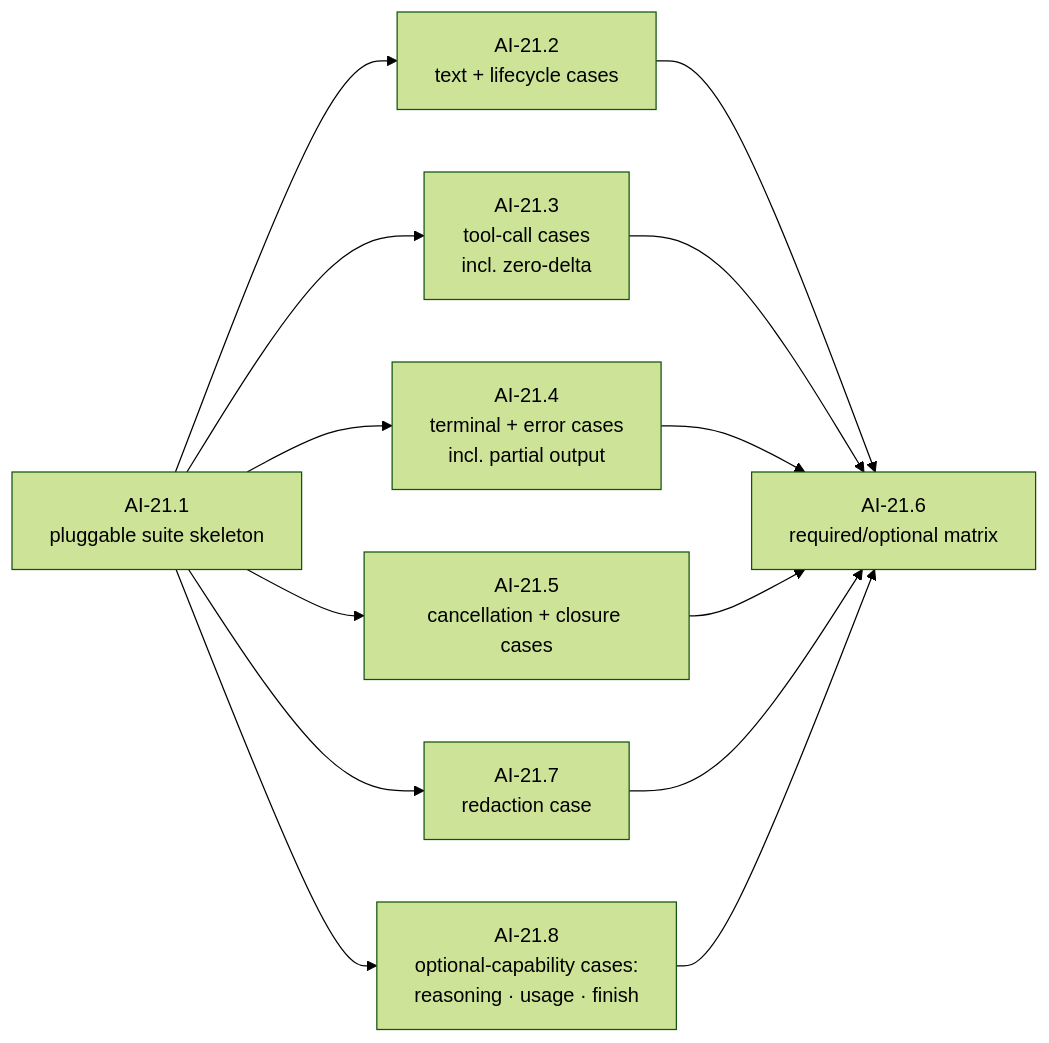
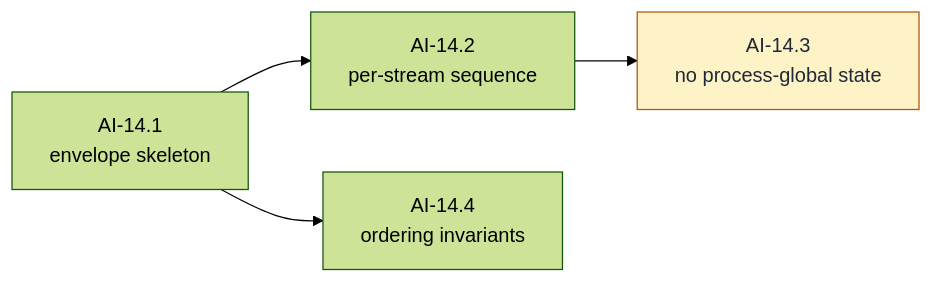
Before and after one commit to witsaba/cachicamas: diagram 11 of 29 in docs/architecture/milestones/0002-cachicamas-ai-layer-1-task-graph.md, drawn with Mermaid (forest theme). The commit also changed other lines of this file, not shown here.

First line of the commit message:
docs: rewrite Layer 1 task graph as a from-zero plan (AI-00 … AI-40)

````diff
--- a/docs/architecture/milestones/0002-cachicamas-ai-layer-1-task-graph.md
+++ b/docs/architecture/milestones/0002-cachicamas-ai-layer-1-task-graph.md
@@ -731,15 +858,8 @@
 ```mermaid
 flowchart LR
-    I1["AI-21.1<br/>pluggable suite skeleton"] --> I2["AI-21.2<br/>text + lifecycle cases"]
-    I1 --> I3["AI-21.3<br/>tool-call cases<br/>incl. zero-delta"]
-    I1 --> I4["AI-21.4<br/>terminal + error cases<br/>incl. partial output"]
-    I1 --> I5["AI-21.5<br/>cancellation + closure cases"]
-    I1 --> I7["AI-21.7<br/>redaction case"]
-    I1 --> I8["AI-21.8<br/>optional-capability cases:<br/>reasoning · usage · finish"]
-    I2 --> I6["AI-21.6<br/>required/optional matrix"]
-    I3 --> I6
-    I4 --> I6
-    I5 --> I6
-    I7 --> I6
-    I8 --> I6
+    M1["AI-14.1<br/>envelope skeleton"] --> M2["AI-14.2<br/>per-stream sequence"]
+    M2 --> M3["AI-14.3<br/>no process-global state"]
+    M1 --> M4["AI-14.4<br/>ordering invariants"]
+    classDef g fill:#fef3c7,stroke:#b45309,color:#1f2937
+    class M3 g
 ```
````
